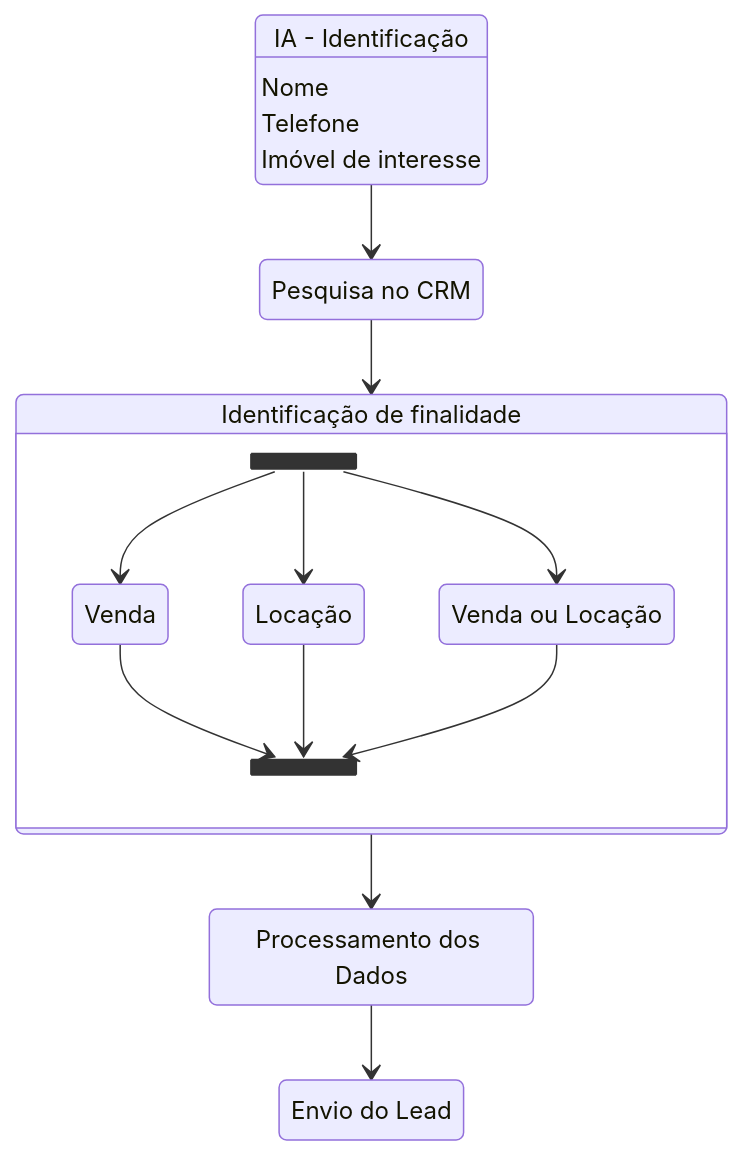
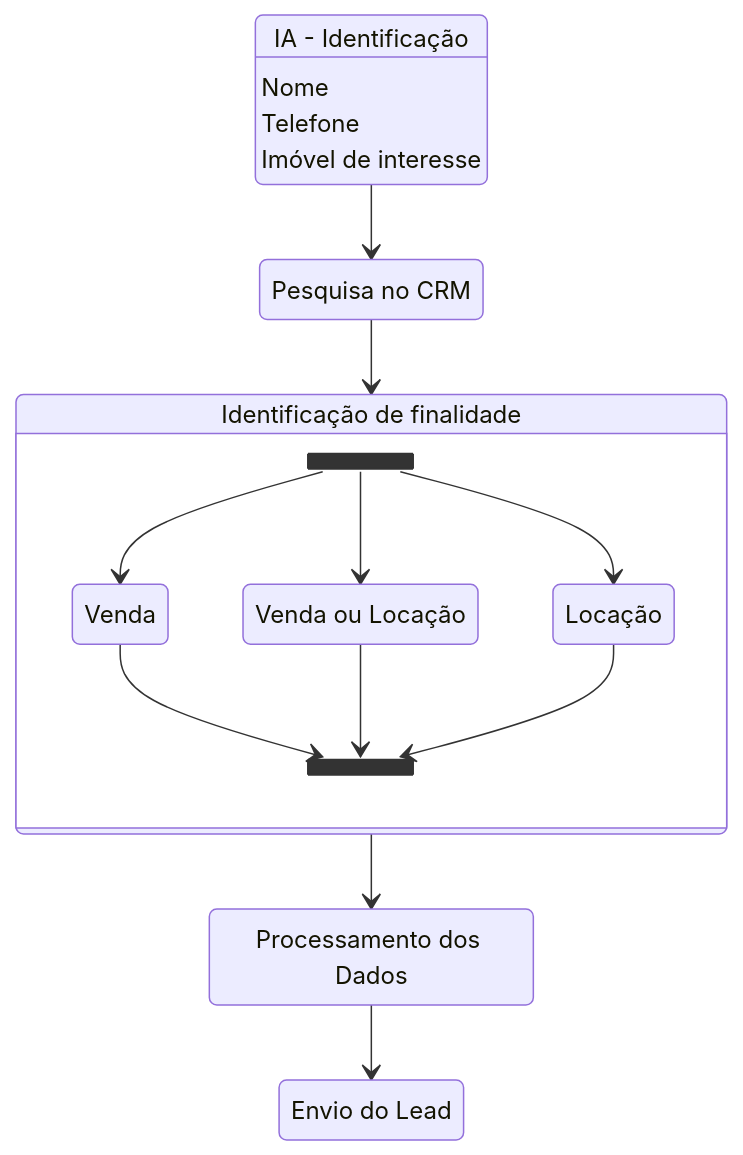
Before and after one commit to pepeleascov/cmsouza: the second of 2 diagrams in readme.md, drawn with Mermaid. The commit also changed other lines of this file, not shown here.

````diff
--- a/readme.md
+++ b/readme.md
@@ -151,33 +151,33 @@
 ```mermaid
 stateDiagram
     
     1: IA - Identificação
     1: Nome
     1: Telefone
     1: Imóvel de interesse
     2: Pesquisa no CRM
     3: Identificação de finalidade
     v: Venda
     l: Locação
     vl: Venda ou Locação
     4: Processamento dos Dados
     5: Envio do Lead
     direction tb
     
     1 --> 2
     2 --> 3
     state 3 {
     state fork_state <<fork>>
     direction TB
         fork_state
         fork_state --> v
+        fork_state --> vl
         fork_state --> l
-        fork_state --> vl
     state join_state <<join>>
     v --> join_state
+    vl --> join_state
     l --> join_state
-    vl --> join_state
     }
     3 --> 4
     4 --> 5
 ```
````
